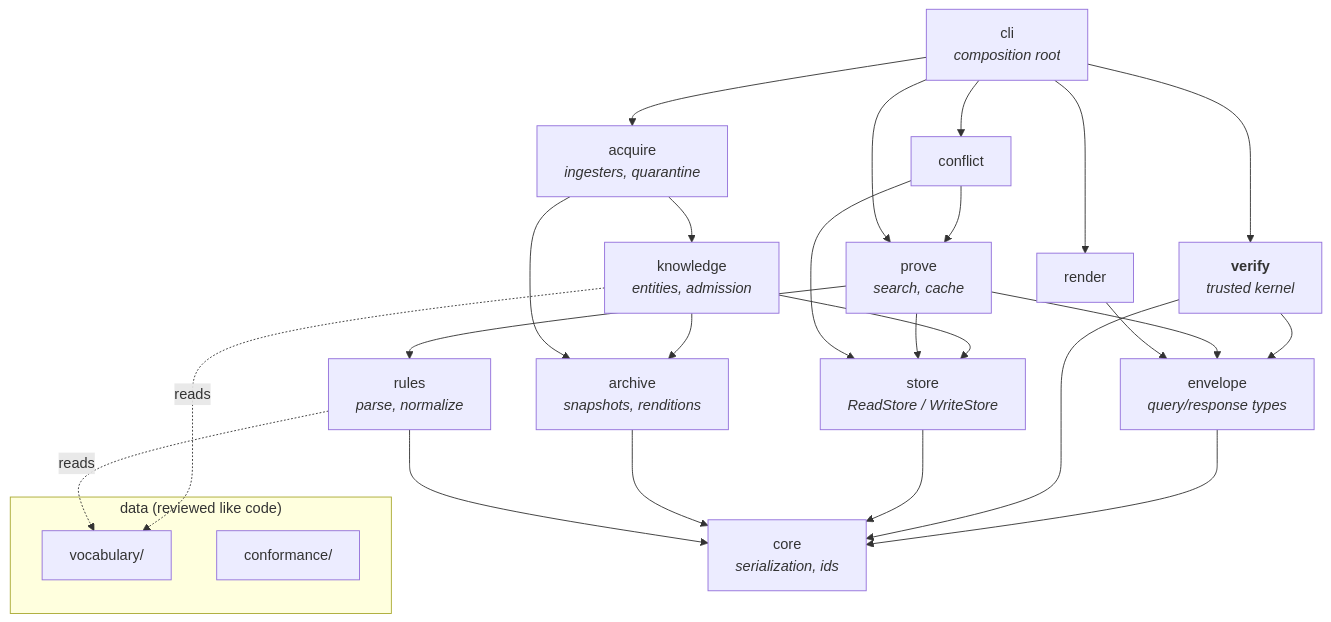
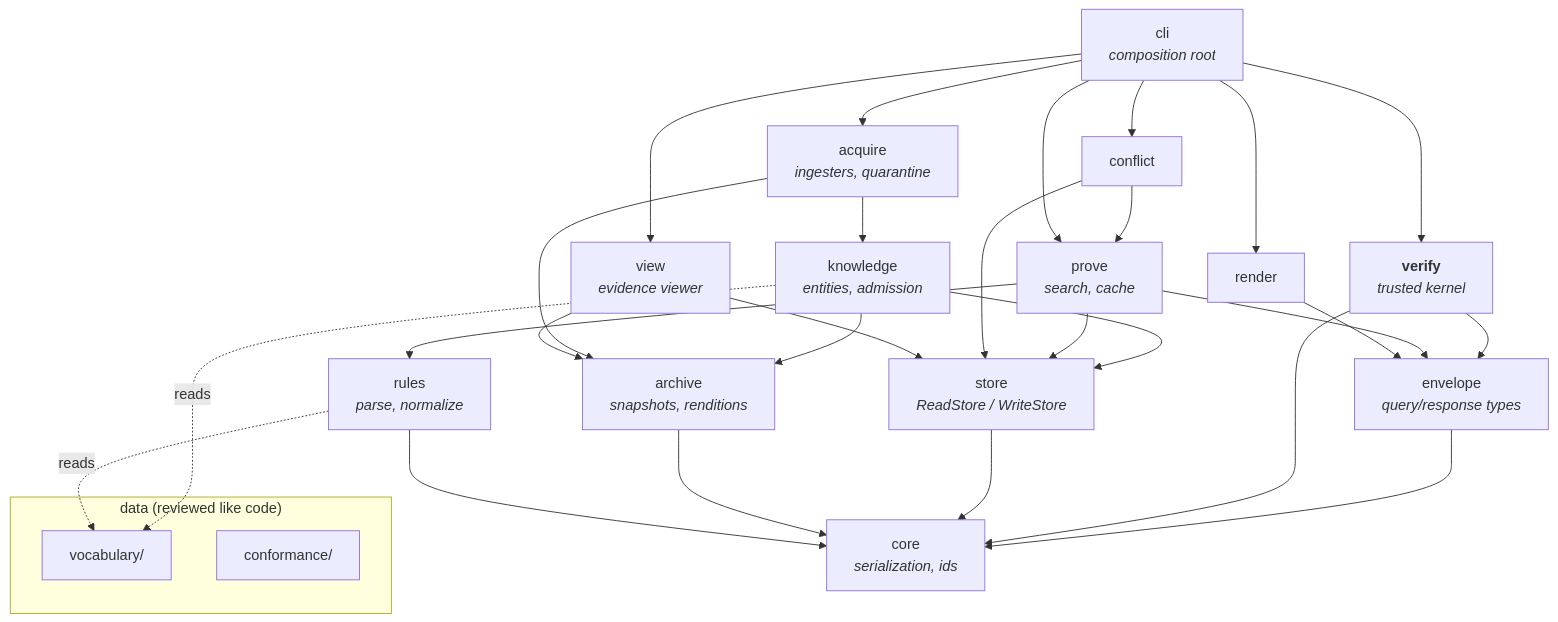
One commit to Ethan-da-Tech-Wizard/Hourglass changed the first of 2 diagrams in docs/Architecture/codebase-layout.md. Above: the diagram before and after it, drawn with Mermaid. The commit also changed other lines of this file and 6 other files, not shown here.

````diff
--- a/docs/Architecture/codebase-layout.md
+++ b/docs/Architecture/codebase-layout.md
@@ -58,44 +61,48 @@
 ```mermaid
 flowchart TD
     subgraph data["data (reviewed like code)"]
         VOC[vocabulary/]
         CONF[conformance/]
     end
 
     CORE[core<br/><i>serialization, ids</i>]
     ENV[envelope<br/><i>query/response types</i>]
     VERIFY[<b>verify</b><br/><i>trusted kernel</i>]
     STORE[store<br/><i>ReadStore / WriteStore</i>]
     ARCH[archive<br/><i>snapshots, renditions</i>]
     KNOW[knowledge<br/><i>entities, admission</i>]
     RULES[rules<br/><i>parse, normalize</i>]
     PROVE[prove<br/><i>search, cache</i>]
     CONFL[conflict]
     ACQ[acquire<br/><i>ingesters, quarantine</i>]
     REND[render]
+    VIEW[view<br/><i>evidence viewer</i>]
     CLI[cli<br/><i>composition root</i>]
 
     ENV --> CORE
     VERIFY --> CORE
     VERIFY --> ENV
     STORE --> CORE
     ARCH --> CORE
     KNOW --> STORE
     KNOW --> ARCH
     KNOW -.reads.-> VOC
     RULES --> CORE
     RULES -.reads.-> VOC
     PROVE --> STORE
     PROVE --> RULES
     PROVE --> ENV
     CONFL --> STORE
     CONFL --> PROVE
     ACQ --> KNOW
     ACQ --> ARCH
     REND --> ENV
+    VIEW --> STORE
+    VIEW --> ARCH
     CLI --> ACQ
     CLI --> PROVE
     CLI --> VERIFY
     CLI --> REND
+    CLI --> VIEW
     CLI --> CONFL
 ```
````
